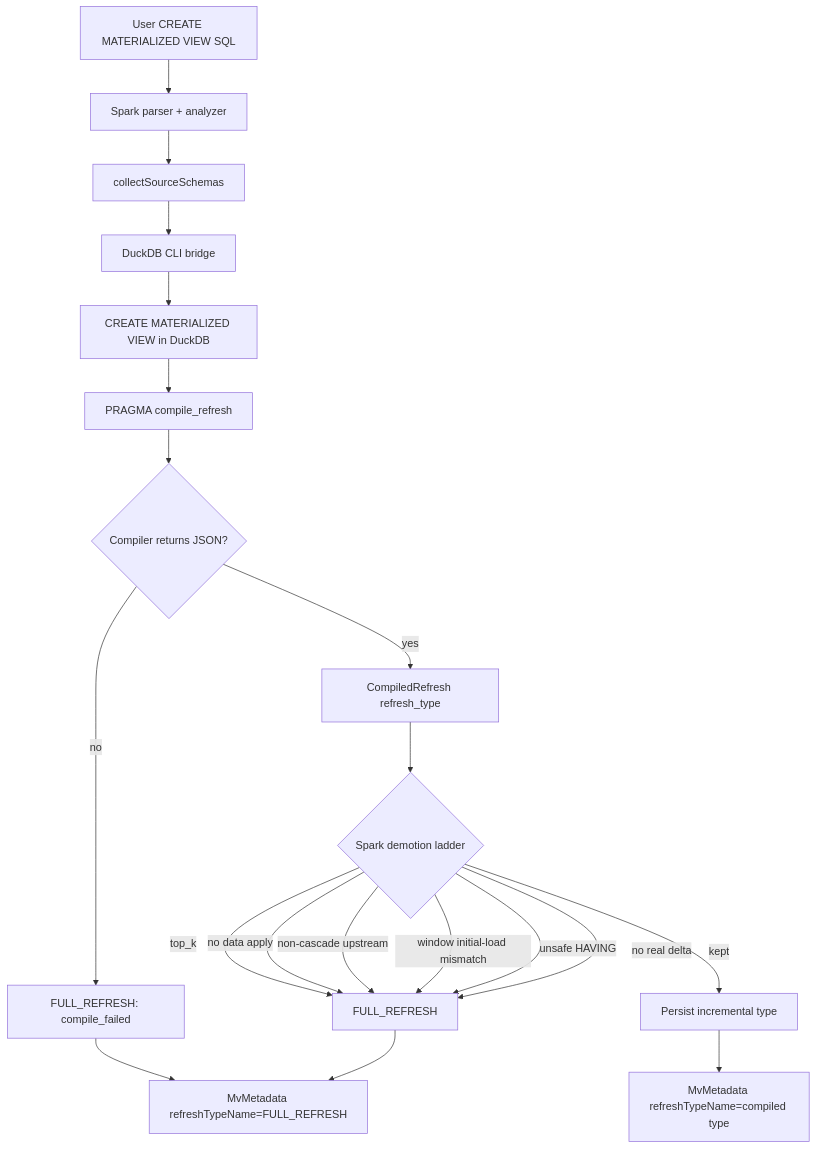
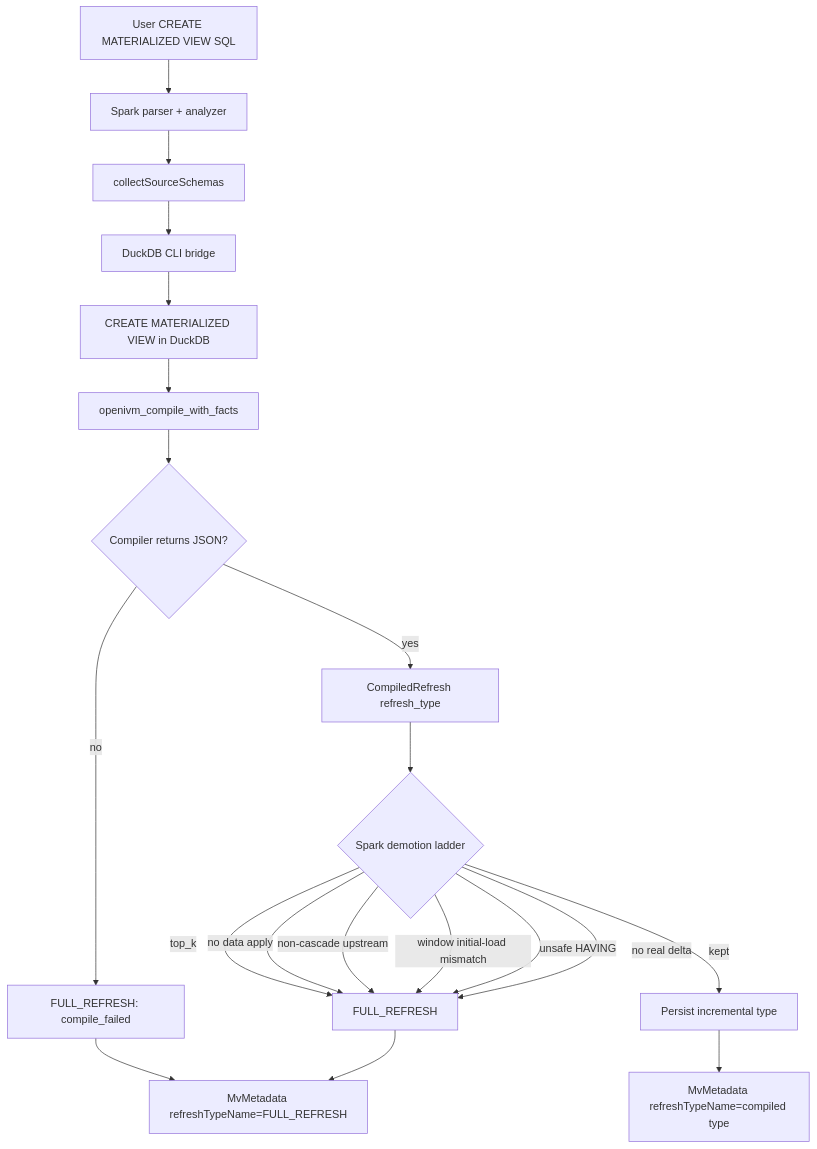
Before and after one commit to mdrakiburrahman/openivm-spark: the diagram in docs/architecture/openivm-spark/11-full-refresh-demotion-debugging.md, drawn with Mermaid. The commit also changed other lines of this file and 28 other files, not shown here.

First line of the commit message:
docs(spark): align references with openivm_compile_with_facts surface

````diff
--- a/docs/architecture/openivm-spark/11-full-refresh-demotion-debugging.md
+++ b/docs/architecture/openivm-spark/11-full-refresh-demotion-debugging.md
@@ -109,22 +109,22 @@
 ```mermaid
 flowchart TD
   A[User CREATE MATERIALIZED VIEW SQL] --> B[Spark parser + analyzer]
   B --> C[collectSourceSchemas]
   C --> D[DuckDB CLI bridge]
   D --> E[CREATE MATERIALIZED VIEW in DuckDB]
-  E --> F[PRAGMA compile_refresh]
+  E --> F[openivm_compile_with_facts]
   F --> G{Compiler returns JSON?}
   G -- no --> H[FULL_REFRESH: compile_failed]
   G -- yes --> I[CompiledRefresh refresh_type]
   I --> J{Spark demotion ladder}
   J -- top_k --> K[FULL_REFRESH]
   J -- no data apply --> K
   J -- non-cascade upstream --> K
   J -- window initial-load mismatch --> K
   J -- unsafe HAVING --> K
   J -- no real delta --> K
   J -- kept --> L[Persist incremental type]
   H --> M[MvMetadata refreshTypeName=FULL_REFRESH]
   K --> M
   L --> N[MvMetadata refreshTypeName=compiled type]
 ```
````
